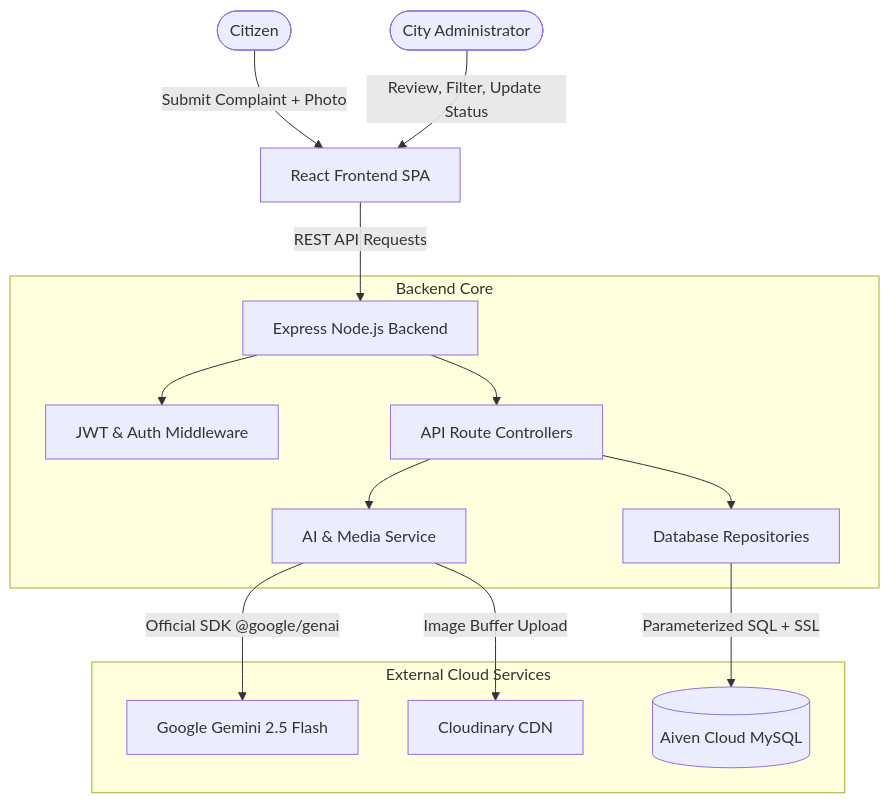
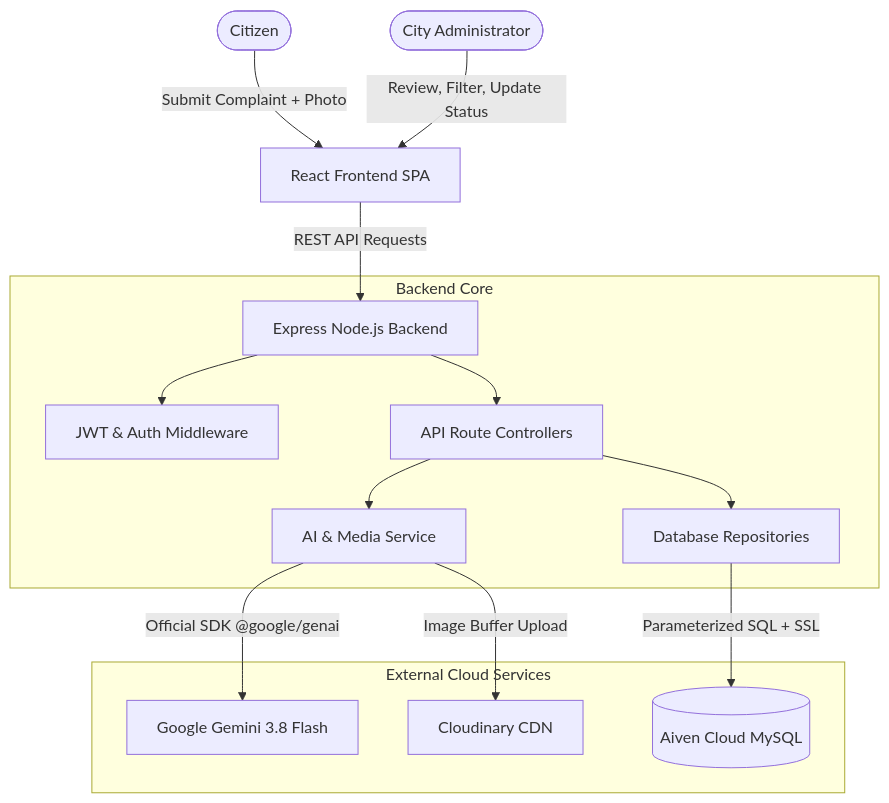
One commit to abhinash-tech/CivicLens changed the diagram in docs/architecture.md. Above: the diagram before and after it, drawn with Mermaid. The commit also changed 3 other files, not shown here.

Commit message:
feat(ai): Update default AI model to gemini-3.8-flash with full schema compatibility

````diff
--- a/docs/architecture.md
+++ b/docs/architecture.md
@@ -5,20 +5,20 @@
 ```mermaid
 flowchart TD
     User([Citizen]) -->|Submit Complaint + Photo| FE[React Frontend SPA]
     Admin([City Administrator]) -->|Review, Filter, Update Status| FE
     
     FE -->|REST API Requests| BE[Express Node.js Backend]
     
     subgraph Backend Core
         BE --> Auth[JWT & Auth Middleware]
         BE --> Routes[API Route Controllers]
         Routes --> AIModule[AI & Media Service]
         Routes --> Repo[Database Repositories]
     end
     
     subgraph External Cloud Services
-        AIModule -->|Official SDK @google/genai| Gemini[Google Gemini 2.5 Flash]
+        AIModule -->|Official SDK @google/genai| Gemini[Google Gemini 3.8 Flash]
         AIModule -->|Image Buffer Upload| Cloudinary[Cloudinary CDN]
         Repo -->|Parameterized SQL + SSL| MySQL[(Aiven Cloud MySQL)]
     end
 ```
````
